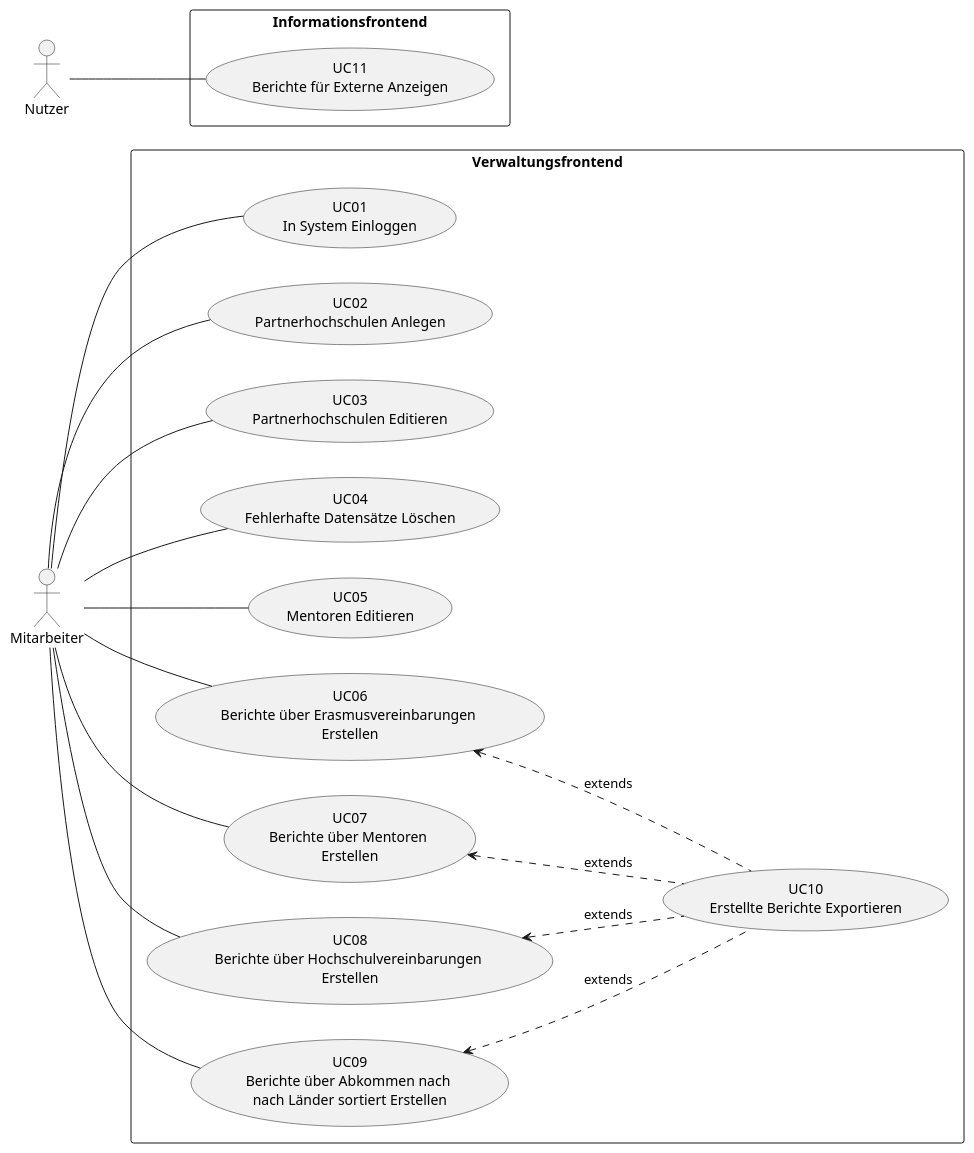
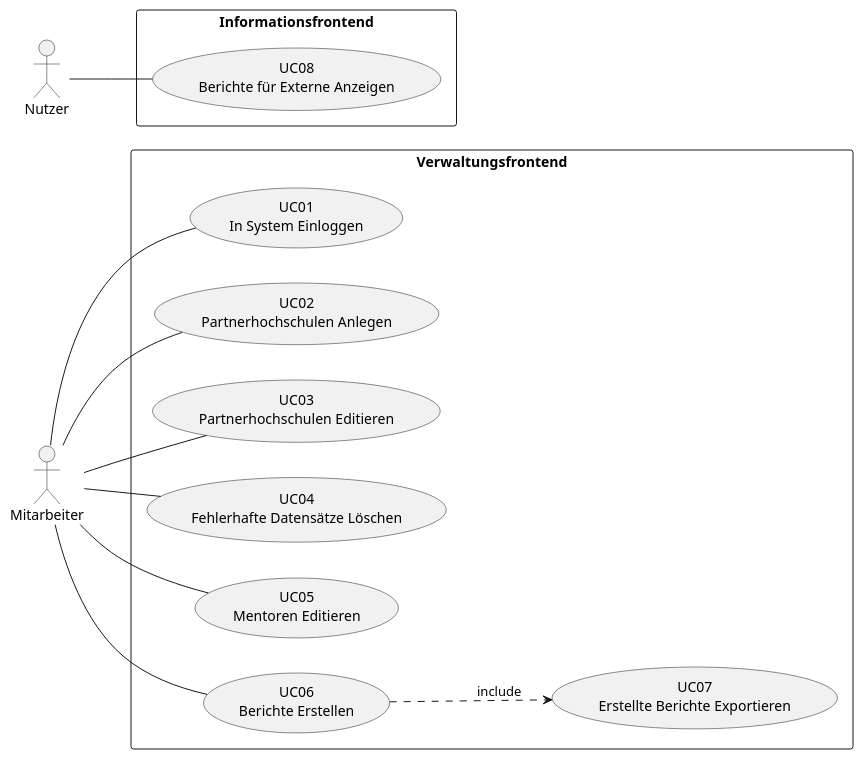
Before and after one commit to jay-hae/SE-Projekt-I3: the diagram in docs/requirements/plantuml/use_case_diagram.puml, drawn with PlantUML. The commit also changed 7 other files, not shown here.

Commit message:
use case diagram aktualisieren

```diff
--- a/docs/requirements/plantuml/use_case_diagram.puml
+++ b/docs/requirements/plantuml/use_case_diagram.puml
@@ -1,41 +1,33 @@
 @startuml
 left to right direction
 
 actor Mitarbeiter
 
 rectangle "Verwaltungsfrontend" {
 usecase "UC01\nIn System Einloggen" as uc01
 usecase "UC02\nPartnerhochschulen Anlegen" as uc02
 usecase "UC03\nPartnerhochschulen Editieren" as uc03
 usecase "UC04\nFehlerhafte Datensätze Löschen" as uc04
 usecase "UC05\nMentoren Editieren" as uc05
-usecase "UC06\nBerichte über Erasmusvereinbarungen \nErstellen" as uc06
-usecase "UC07\nBerichte über Mentoren \nErstellen" as uc07
-usecase "UC08\nBerichte über Hochschulvereinbarungen \nErstellen" as uc08
-usecase "UC09\nBerichte über Abkommen nach \nnach Länder sortiert Erstellen" as uc09
-usecase "UC10\nErstellte Berichte Exportieren" as uc10
+usecase "UC06\nBerichte Erstellen" as uc06
+usecase "UC07\nErstellte Berichte Exportieren" as uc07
 }
 
 Mitarbeiter -- uc01
 Mitarbeiter -- uc02
 Mitarbeiter -- uc03
 Mitarbeiter -- uc04
 Mitarbeiter -- uc05
 Mitarbeiter -- uc06
-Mitarbeiter -- uc07
-Mitarbeiter -- uc08
-Mitarbeiter -- uc09
-uc06 <.down. uc10 : extends
-uc07 <.down. uc10 : extends
-uc08 <.down. uc10 : extends
-uc09 <.down. uc10 : extends
+uc06 .down.> uc07 : include
+
 
 actor Nutzer
 
 rectangle "Informationsfrontend" {
 
-usecase "UC11\nBerichte für Externe Anzeigen" as uc11
+usecase "UC08\nBerichte für Externe Anzeigen" as uc08
 }
-Nutzer -- uc11
+Nutzer -- uc08
 
 @enduml
```
